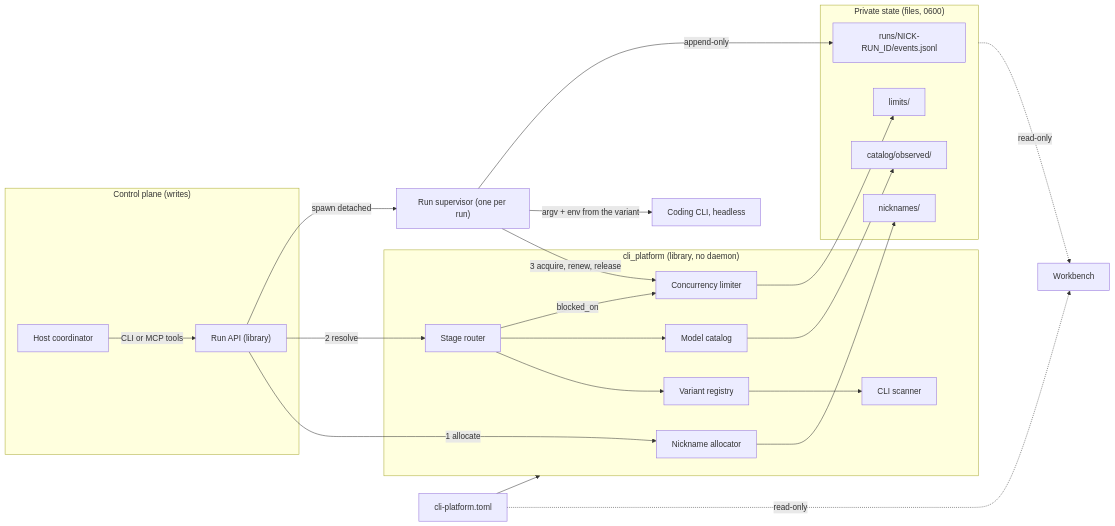
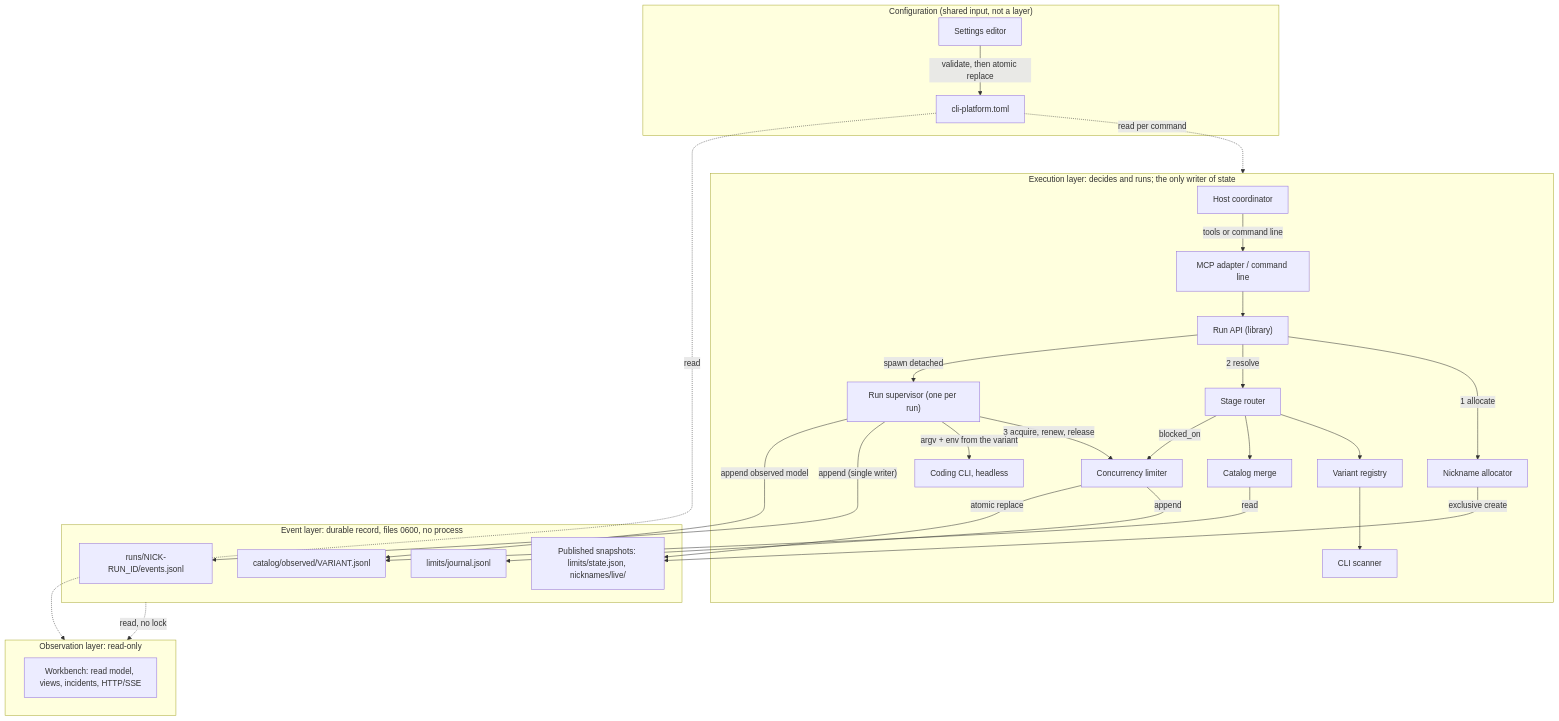
Before and after one commit to lucky-goals/goals-tmux-skill: the first of 6 diagrams in docs/proposals/2026-11-13-cli-platform-final-design.md, drawn with Mermaid. The commit also changed other lines of this file and 18 other files, not shown here.

````diff
--- a/docs/proposals/2026-11-13-cli-platform-final-design.md
+++ b/docs/proposals/2026-11-13-cli-platform-final-design.md
@@ -81,36 +103,37 @@
 ```mermaid
-flowchart LR
-    subgraph Control["Control plane (writes)"]
-        H["Host coordinator"] -->|"CLI or MCP tools"| API["Run API (library)"]
+flowchart TB
+    subgraph CONF["Configuration (shared input, not a layer)"]
+        SET["Settings editor"] -->|"validate, then atomic replace"| CFG["cli-platform.toml"]
     end
-    subgraph Platform["cli_platform (library, no daemon)"]
-        NICK["Nickname allocator"]
-        ROUTE["Stage router"]
-        LIM["Concurrency limiter"]
-        REG["Variant registry"]
-        CAT["Model catalog"]
-        SCAN["CLI scanner"]
-        ROUTE --> REG
-        ROUTE --> CAT
-        ROUTE -->|"blocked_on"| LIM
-        REG --> SCAN
+    subgraph EXEC["Execution layer: decides and runs; the only writer of state"]
+        H["Host coordinator"] -->|"tools or command line"| MCP["MCP adapter / command line"]
+        MCP --> API["Run API (library)"]
+        API -->|"1 allocate"| NICK["Nickname allocator"]
+        API -->|"2 resolve"| ROUTE["Stage router"]
+        ROUTE --> REG["Variant registry"]
+        ROUTE --> CAT["Catalog merge"]
+        ROUTE -->|"blocked_on"| LIM["Concurrency limiter"]
+        REG --> SCAN["CLI scanner"]
+        API -->|"spawn detached"| SUP["Run supervisor (one per run)"]
+        SUP -->|"3 acquire, renew, release"| LIM
+        SUP -->|"argv + env from the variant"| CLI["Coding CLI, headless"]
     end
-    API -->|"1 allocate"| NICK
-    API -->|"2 resolve"| ROUTE
-    API -->|"spawn detached"| SUP["Run supervisor (one per run)"]
-    SUP -->|"3 acquire, renew, release"| LIM
-    SUP -->|"argv + env from the variant"| CLI["Coding CLI, headless"]
-    SUP -->|"append-only"| LOG["runs/NICK-RUN_ID/events.jsonl"]
-    CFG["cli-platform.toml"] --> Platform
-    subgraph State["Private state (files, 0600)"]
-        LOG
-        NS["nicknames/"]
-        LS["limits/"]
-        OBS["catalog/observed/"]
+    subgraph EVT["Event layer: durable record, files 0600, no process"]
+        LOG["runs/NICK-RUN_ID/events.jsonl"]
+        JRN["limits/journal.jsonl"]
+        OBS["catalog/observed/VARIANT.jsonl"]
+        SNAP["Published snapshots: limits/state.json, nicknames/live/"]
     end
-    NICK --> NS
-    LIM --> LS
-    CAT --> OBS
-    State -.->|"read-only"| WB["Workbench"]
-    CFG -.->|"read-only"| WB
+    subgraph OBSV["Observation layer: read-only"]
+        WB["Workbench: read model, views, incidents, HTTP/SSE"]
+    end
+    SUP -->|"append (single writer)"| LOG
+    SUP -->|"append observed model"| OBS
+    LIM -->|"append"| JRN
+    LIM -->|"atomic replace"| SNAP
+    NICK -->|"exclusive create"| SNAP
+    CAT -->|"read"| OBS
+    CFG -.->|"read per command"| EXEC
+    CFG -.->|"read"| OBSV
+    EVT -.->|"read, no lock"| OBSV
 ```
````
